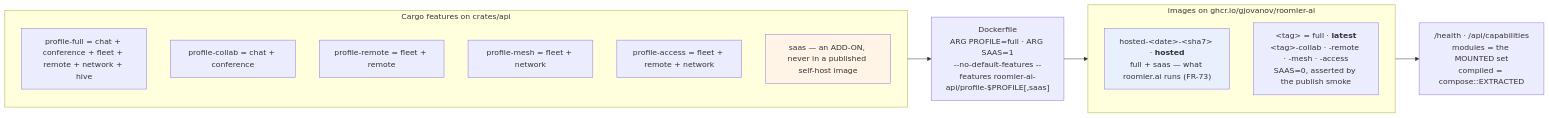
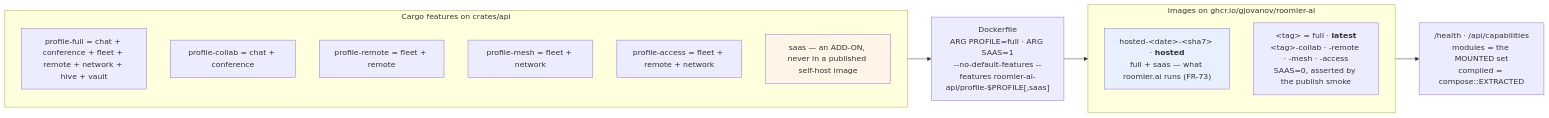
One commit to gjovanov/roomler-ai changed the third of 8 diagrams in docs/modular-monolith.md. Above: the diagram before and after it, drawn with Mermaid. The commit also changed other lines of this file and 40 other files, not shown here.

````diff
--- a/docs/modular-monolith.md
+++ b/docs/modular-monolith.md
@@ -126,20 +130,20 @@
 ```mermaid
 flowchart LR
     subgraph feats["Cargo features on crates/api"]
-        F1["profile-full = chat + conference + fleet + remote + network + hive"]
+        F1["profile-full = chat + conference + fleet + remote + network + hive + vault"]
         F2["profile-collab = chat + conference"]
         F3["profile-remote = fleet + remote"]
         F4["profile-mesh = fleet + network"]
         F5["profile-access = fleet + remote + network"]
         S["saas — an ADD-ON, never in a published self-host image"]
     end
     DF["Dockerfile<br/>ARG PROFILE=full · ARG SAAS=1<br/>--no-default-features --features roomler-ai-api/profile-$PROFILE[,saas]"]
     subgraph images["images on ghcr.io/gjovanov/roomler-ai"]
         H["hosted-&lt;date&gt;-&lt;sha7&gt; · <b>hosted</b><br/>full + saas — what roomler.ai runs (FR-73)"]
         V["&lt;tag&gt; = full · <b>latest</b><br/>&lt;tag&gt;-collab · -remote · -mesh · -access<br/>SAAS=0, asserted by the publish smoke"]
     end
     HEALTH["/health · /api/capabilities<br/>modules = the MOUNTED set<br/>compiled = compose::EXTRACTED"]
     feats --> DF --> images --> HEALTH
     style S fill:#fff4e5
     style H fill:#e8f0fe
 ```
````
